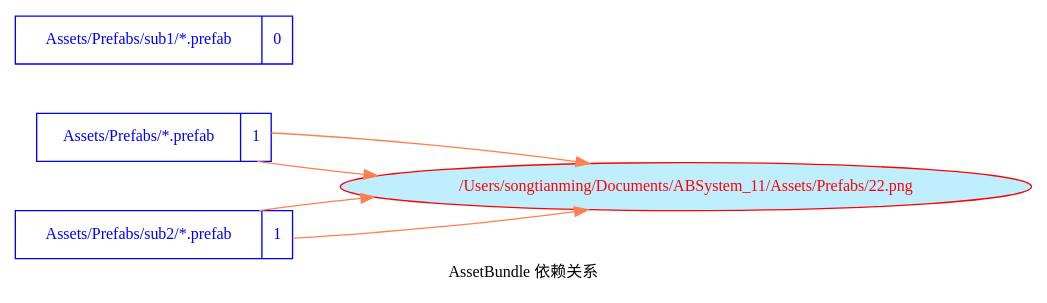
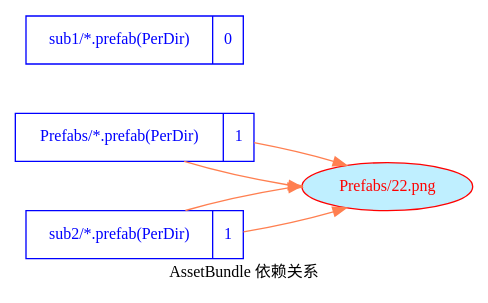
One commit to songtm/ABSystem changed the diagram in Assets/StreamingAssets/AssetBundles/00dep.dot. Above: the diagram before and after it, drawn with Graphviz. The commit also changed 7 other files, not shown here.

```diff
--- a/Assets/StreamingAssets/AssetBundles/00dep.dot
+++ b/Assets/StreamingAssets/AssetBundles/00dep.dot
@@ -1,27 +1,27 @@
 digraph dep {
     fontname = "Microsoft YaHei";
     label = "AssetBundle 依赖关系"
     nodesep=0.5
     rankdir = "LR"
     fontsize = 12;
     node [ fontname = "Microsoft YaHei", fontsize = 12, shape = "record" color="skyblue"];
     edge [ fontname = "Microsoft YaHei", fontsize = 12 , color="coral"];
-	"Assets/Prefabs/*.prefab" [color="blue", fontcolor="blue", label="{<f0> Assets/Prefabs/*.prefab |<f1> 1 }"]
-	"Assets/Prefabs/*.prefab" [color="blue", fontcolor="blue", label="{<f0> Assets/Prefabs/*.prefab |<f1> 1 }"]
-	"Assets/Prefabs/sub1/*.prefab" [color="blue", fontcolor="blue", label="{<f0> Assets/Prefabs/sub1/*.prefab |<f1> 0 }"]
-	"Assets/Prefabs/sub1/*.prefab" [color="blue", fontcolor="blue", label="{<f0> Assets/Prefabs/sub1/*.prefab |<f1> 0 }"]
-	"Assets/Prefabs/sub2/*.prefab" [color="blue", fontcolor="blue", label="{<f0> Assets/Prefabs/sub2/*.prefab |<f1> 1 }"]
-	"Assets/Prefabs/sub2/*.prefab" [color="blue", fontcolor="blue", label="{<f0> Assets/Prefabs/sub2/*.prefab |<f1> 1 }"]
-	"/Users/songtianming/Documents/ABSystem_11/Assets/Prefabs/22.png" [color="red", fontcolor="red", shape="ellipse", fillcolor="lightblue1", style="filled"]
-	"Assets/Prefabs/*.prefab"->"/Users/songtianming/Documents/ABSystem_11/Assets/Prefabs/22.png"
+	"Prefabs/*.prefab(PerDir)" [color="blue", fontcolor="blue", label="{<f0> Prefabs/*.prefab(PerDir) |<f1> 1 }"]
+	"Prefabs/*.prefab(PerDir)" [color="blue", fontcolor="blue", label="{<f0> Prefabs/*.prefab(PerDir) |<f1> 1 }"]
+	"sub1/*.prefab(PerDir)" [color="blue", fontcolor="blue", label="{<f0> sub1/*.prefab(PerDir) |<f1> 0 }"]
+	"sub1/*.prefab(PerDir)" [color="blue", fontcolor="blue", label="{<f0> sub1/*.prefab(PerDir) |<f1> 0 }"]
+	"sub2/*.prefab(PerDir)" [color="blue", fontcolor="blue", label="{<f0> sub2/*.prefab(PerDir) |<f1> 1 }"]
+	"sub2/*.prefab(PerDir)" [color="blue", fontcolor="blue", label="{<f0> sub2/*.prefab(PerDir) |<f1> 1 }"]
+	"Prefabs/22.png" [color="red", fontcolor="red", shape="ellipse", fillcolor="lightblue1", style="filled"]
+	"Prefabs/*.prefab(PerDir)"->"Prefabs/22.png"
 
-	"Assets/Prefabs/*.prefab"->"/Users/songtianming/Documents/ABSystem_11/Assets/Prefabs/22.png"
+	"Prefabs/*.prefab(PerDir)"->"Prefabs/22.png"
 
 
 
-	"Assets/Prefabs/sub2/*.prefab"->"/Users/songtianming/Documents/ABSystem_11/Assets/Prefabs/22.png"
+	"sub2/*.prefab(PerDir)"->"Prefabs/22.png"
 
-	"Assets/Prefabs/sub2/*.prefab"->"/Users/songtianming/Documents/ABSystem_11/Assets/Prefabs/22.png"
+	"sub2/*.prefab(PerDir)"->"Prefabs/22.png"
 
 
 }
```
